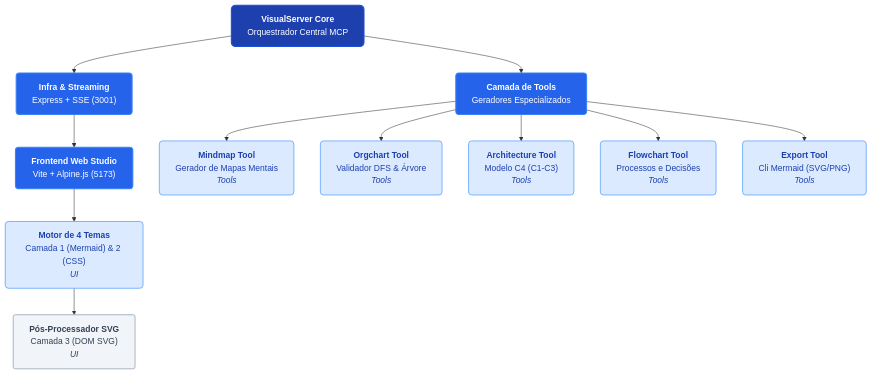
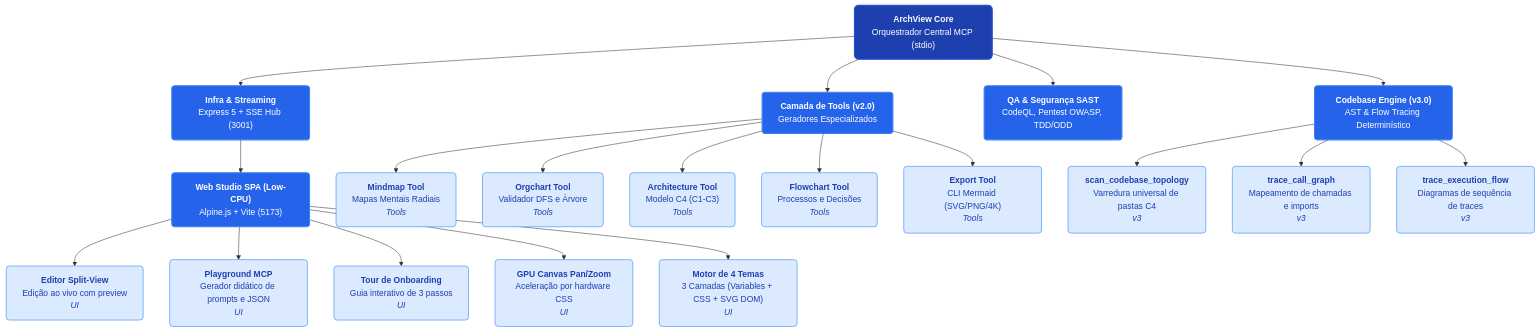
Before and after one commit to 70gurupia/archview: the diagram in output/self-doc-orgchart.mmd, drawn with Mermaid. The commit also changed 10 other files, not shown here.

Commit message:
docs(diagrams): regenerate visual architecture diagrams with v2.0 features and v3.0 roadmap

```diff
--- a/output/self-doc-orgchart.mmd
+++ b/output/self-doc-orgchart.mmd
@@ -1,39 +1,63 @@
 graph TD
-  core["<b>VisualServer Core</b><br/>Orquestrador Central MCP"]
-  tools["<b>Camada de Tools</b><br/>Geradores Especializados"]
-  infra["<b>Infra & Streaming</b><br/>Express + SSE (3001)"]
-  frontend["<b>Frontend Web Studio</b><br/>Vite + Alpine.js (5173)"]
-  t_mind["<b>Mindmap Tool</b><br/>Gerador de Mapas Mentais<br/><i>Tools</i>"]
-  t_org["<b>Orgchart Tool</b><br/>Validador DFS & Árvore<br/><i>Tools</i>"]
+  core["<b>ArchView Core</b><br/>Orquestrador Central MCP (stdio)"]
+  tools_layer["<b>Camada de Tools (v2.0)</b><br/>Geradores Especializados"]
+  infra_layer["<b>Infra & Streaming</b><br/>Express 5 + SSE Hub (3001)"]
+  web_studio["<b>Web Studio SPA (Low-CPU)</b><br/>Alpine.js + Vite (5173)"]
+  qa_sec["<b>QA & Segurança SAST</b><br/>CodeQL, Pentest OWASP, TDD/ODD"]
+  engine_v3["<b>Codebase Engine (v3.0)</b><br/>AST & Flow Tracing Determinístico"]
+  t_mind["<b>Mindmap Tool</b><br/>Mapas Mentais Radiais<br/><i>Tools</i>"]
+  t_org["<b>Orgchart Tool</b><br/>Validador DFS e Árvore<br/><i>Tools</i>"]
   t_arch["<b>Architecture Tool</b><br/>Modelo C4 (C1-C3)<br/><i>Tools</i>"]
   t_flow["<b>Flowchart Tool</b><br/>Processos e Decisões<br/><i>Tools</i>"]
-  t_exp["<b>Export Tool</b><br/>Cli Mermaid (SVG/PNG)<br/><i>Tools</i>"]
-  themes["<b>Motor de 4 Temas</b><br/>Camada 1 (Mermaid) & 2 (CSS)<br/><i>UI</i>"]
-  post_proc["<b>Pós-Processador SVG</b><br/>Camada 3 (DOM SVG)<br/><i>UI</i>"]
-  core --> tools
-  core --> infra
-  infra --> frontend
-  tools --> t_mind
-  tools --> t_org
-  tools --> t_arch
-  tools --> t_flow
-  tools --> t_exp
-  frontend --> themes
-  themes --> post_proc
+  t_exp["<b>Export Tool</b><br/>CLI Mermaid (SVG/PNG/4K)<br/><i>Tools</i>"]
+  ui_editor["<b>Editor Split-View</b><br/>Edição ao vivo com preview<br/><i>UI</i>"]
+  ui_play["<b>Playground MCP</b><br/>Gerador didático de prompts e JSON<br/><i>UI</i>"]
+  ui_tour["<b>Tour de Onboarding</b><br/>Guia interativo de 3 passos<br/><i>UI</i>"]
+  ui_canvas["<b>GPU Canvas Pan/Zoom</b><br/>Aceleração por hardware CSS<br/><i>UI</i>"]
+  ui_themes["<b>Motor de 4 Temas</b><br/>3 Camadas (Variables + CSS + SVG DOM)<br/><i>UI</i>"]
+  v3_scan["<b>scan_codebase_topology</b><br/>Varredura universal de pastas C4<br/><i>v3</i>"]
+  v3_call["<b>trace_call_graph</b><br/>Mapeamento de chamadas e imports<br/><i>v3</i>"]
+  v3_flow["<b>trace_execution_flow</b><br/>Diagramas de sequência de traces<br/><i>v3</i>"]
+  core --> tools_layer
+  core --> infra_layer
+  infra_layer --> web_studio
+  core --> qa_sec
+  core --> engine_v3
+  tools_layer --> t_mind
+  tools_layer --> t_org
+  tools_layer --> t_arch
+  tools_layer --> t_flow
+  tools_layer --> t_exp
+  web_studio --> ui_editor
+  web_studio --> ui_play
+  web_studio --> ui_tour
+  web_studio --> ui_canvas
+  web_studio --> ui_themes
+  engine_v3 --> v3_scan
+  engine_v3 --> v3_call
+  engine_v3 --> v3_flow
 
   classDef default fill:#F8FAFC,stroke:#64748B,stroke-width:1.5px,color:#1E293B,rx:6px,ry:6px;
   classDef lvl0 fill:#1E40AF,stroke:#1D4ED8,stroke-width:2px,color:#FFFFFF,rx:8px,ry:8px;
   classDef lvl1 fill:#2563EB,stroke:#3B82F6,stroke-width:2px,color:#FFFFFF,rx:6px,ry:6px;
   classDef lvl2 fill:#DBEAFE,stroke:#60A5FA,stroke-width:1.5px,color:#1E40AF,rx:6px,ry:6px;
   classDef lvl3 fill:#F1F5F9,stroke:#94A3B8,stroke-width:1.5px,color:#334155,rx:4px,ry:4px;
   class core lvl0;
-  class tools lvl1;
-  class infra lvl1;
-  class frontend lvl1;
+  class tools_layer lvl1;
+  class infra_layer lvl1;
+  class web_studio lvl1;
+  class qa_sec lvl1;
+  class engine_v3 lvl1;
   class t_mind lvl2;
   class t_org lvl2;
   class t_arch lvl2;
   class t_flow lvl2;
   class t_exp lvl2;
-  class themes lvl2;
-  class post_proc lvl3;
+  class ui_editor lvl2;
+  class ui_play lvl2;
+  class ui_tour lvl2;
+  class ui_canvas lvl2;
+  class ui_themes lvl2;
+  class v3_scan lvl2;
+  class v3_call lvl2;
+  class v3_flow lvl2;
```
